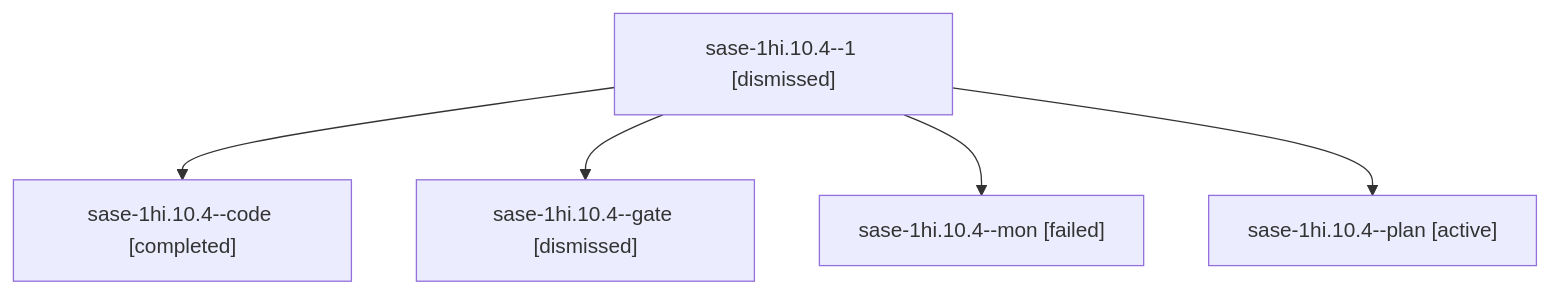
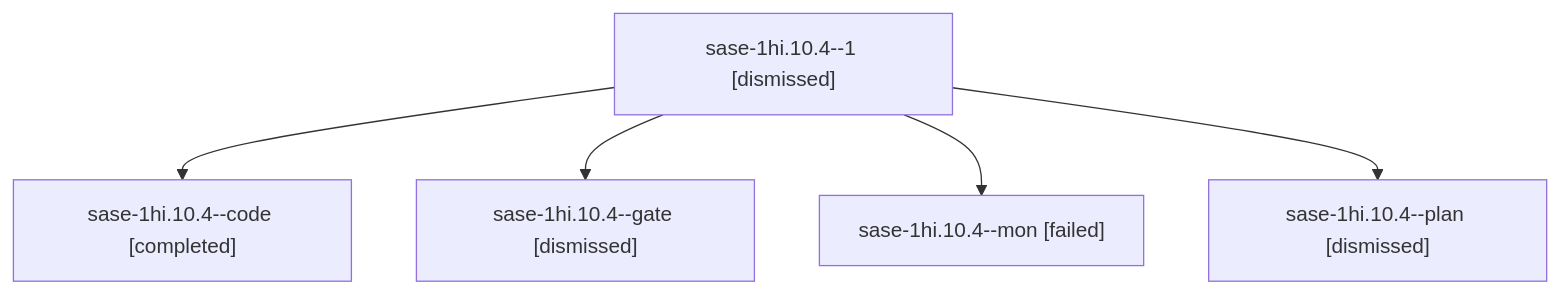
One commit to sase-org/sase--agents changed the diagram in sessions/bbugyi200.apollo.sase-1hi.10.4.md. Above: the diagram before and after it, drawn with Mermaid. The commit also changed other lines of this file and 231 other files, not shown here.

````diff
--- a/sessions/bbugyi200.apollo.sase-1hi.10.4.md
+++ b/sessions/bbugyi200.apollo.sase-1hi.10.4.md
@@ -9,12 +9,12 @@
 ```mermaid
 flowchart TD
   n0["sase-1hi.10.4--1 [dismissed]"]
   n1["sase-1hi.10.4--code [completed]"]
   n0 --> n1
   n2["sase-1hi.10.4--gate [dismissed]"]
   n0 --> n2
   n3["sase-1hi.10.4--mon [failed]"]
   n0 --> n3
-  n4["sase-1hi.10.4--plan [active]"]
+  n4["sase-1hi.10.4--plan [dismissed]"]
   n0 --> n4
 ```
````
